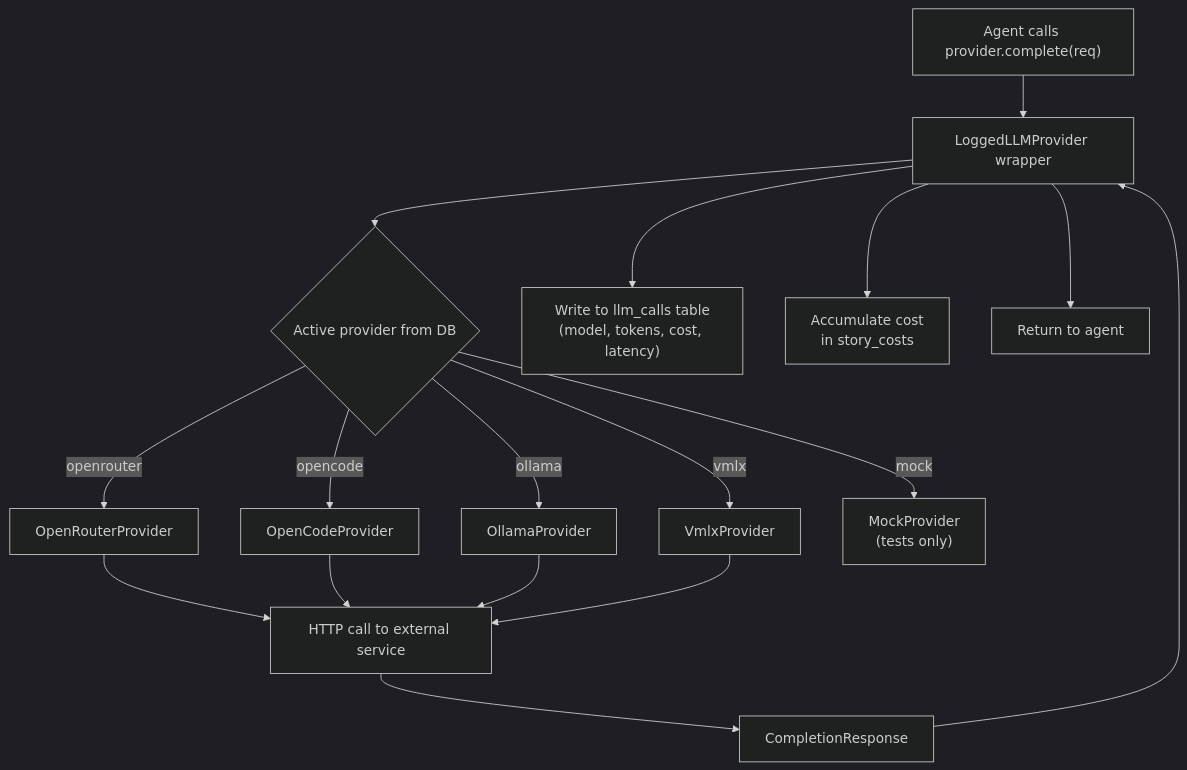
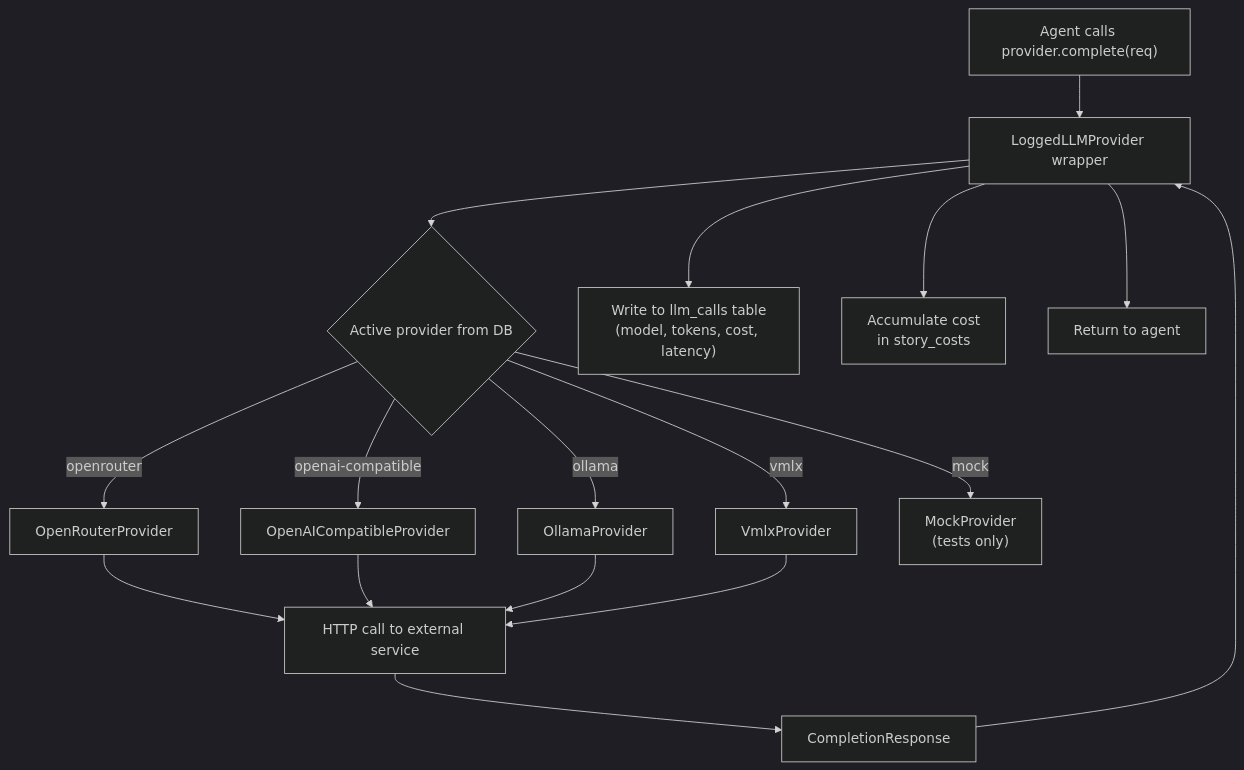
The third of 4 diagrams in exports/notebooklm-graph/notebooklm-graph__flows.md (nguyenthuan155632/novel-writer), drawn with Mermaid (dark theme) before and after one commit. The commit also changed other lines of this file and 36 other files, not shown here.

Commit message:
Add OpenAI-compatible provider

````diff
--- a/exports/notebooklm-graph/notebooklm-graph__flows.md
+++ b/exports/notebooklm-graph/notebooklm-graph__flows.md
@@ -248,16 +248,16 @@
 ```mermaid
 flowchart TD
     A["Agent calls provider.complete(req)"] --> B[LoggedLLMProvider wrapper]
     B --> C{Active provider from DB}
     C -->|openrouter| D[OpenRouterProvider]
-    C -->|opencode| E[OpenCodeProvider]
+    C -->|openai-compatible| E[OpenAICompatibleProvider]
     C -->|ollama| F[OllamaProvider]
     C -->|vmlx| G[VmlxProvider]
     C -->|mock| H["MockProvider\n(tests only)"]
     D & E & F & G --> I[HTTP call to external service]
     I --> J[CompletionResponse]
     J --> B
     B --> K["Write to llm_calls table\n(model, tokens, cost, latency)"]
     B --> L["Accumulate cost\nin story_costs"]
     B --> M[Return to agent]
 ```
````
